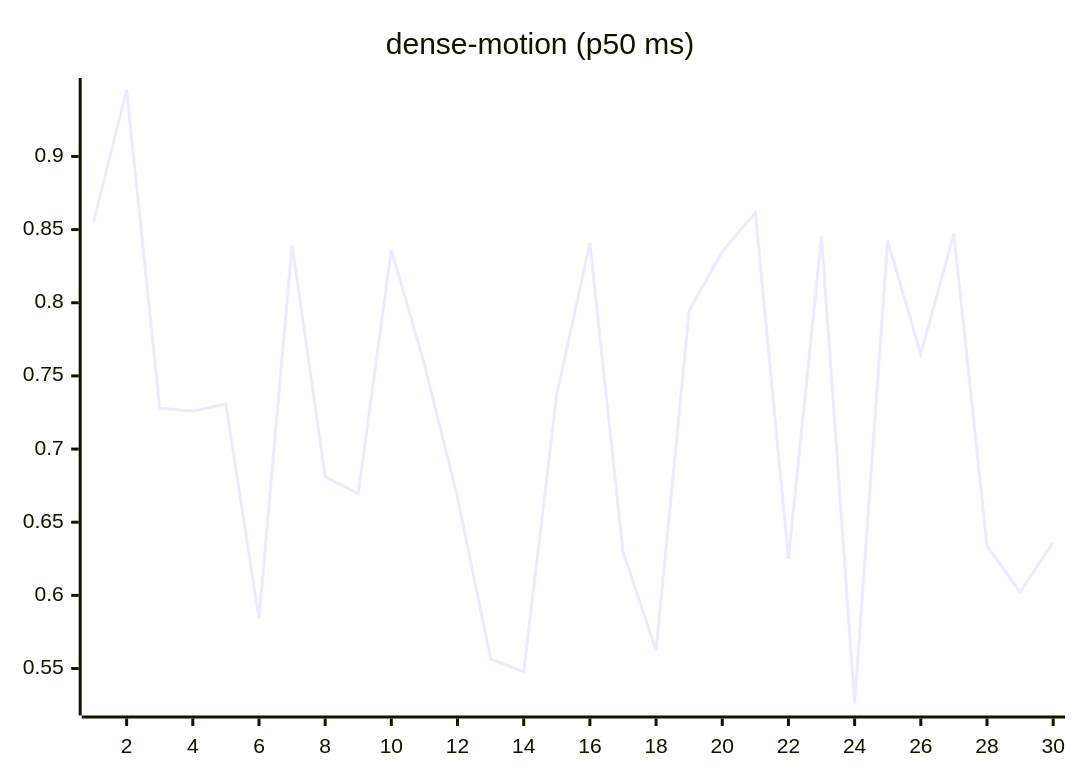
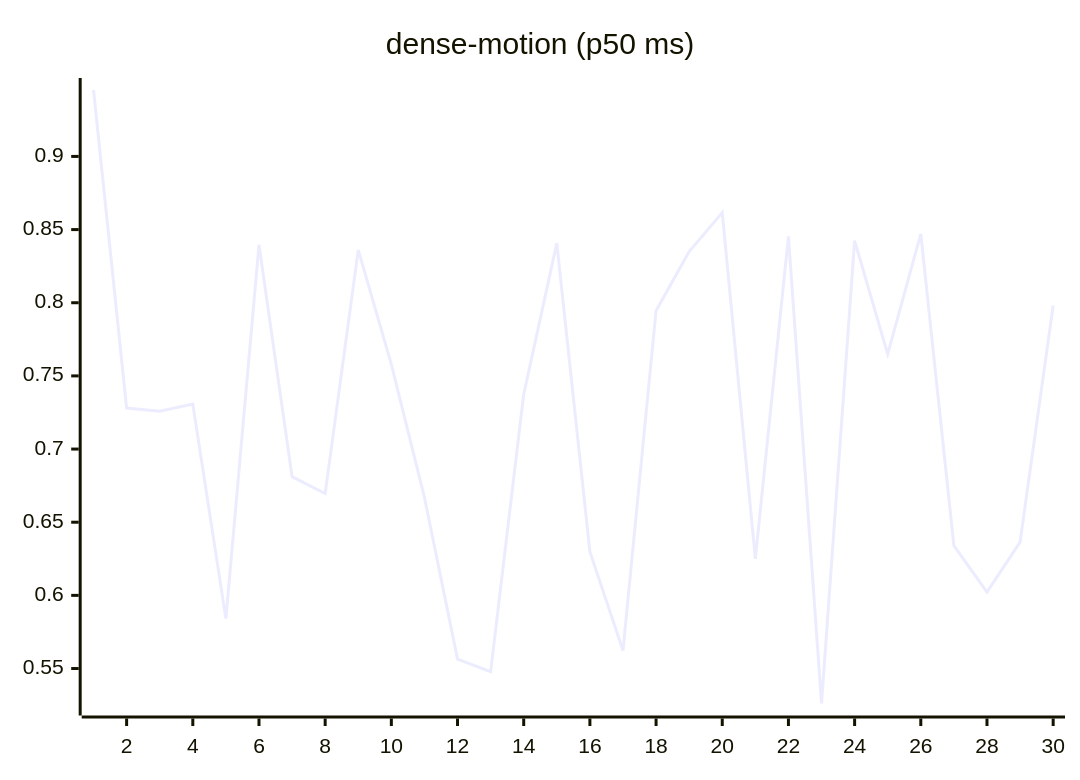
One commit to josha/Facet changed the ninth of 27 diagrams in README.md. Above: the diagram before and after it, drawn with Mermaid. The commit also changed other lines of this file and 2 other files, not shown here.

````diff
--- a/README.md
+++ b/README.md
@@ -119,6 +119,6 @@
 ```mermaid
 xychart-beta
     title "dense-motion (p50 ms)"
     x-axis 1 --> 30
-    line [0.8549, 0.9454, 0.7280, 0.7259, 0.7307, 0.5841, 0.8396, 0.6811, 0.6696, 0.8361, 0.7579, 0.6670, 0.5564, 0.5479, 0.7374, 0.8407, 0.6299, 0.5623, 0.7946, 0.8350, 0.8616, 0.6249, 0.8453, 0.5261, 0.8424, 0.7649, 0.8471, 0.6340, 0.6023, 0.6364]
+    line [0.9454, 0.7280, 0.7259, 0.7307, 0.5841, 0.8396, 0.6811, 0.6696, 0.8361, 0.7579, 0.6670, 0.5564, 0.5479, 0.7374, 0.8407, 0.6299, 0.5623, 0.7946, 0.8350, 0.8616, 0.6249, 0.8453, 0.5261, 0.8424, 0.7649, 0.8471, 0.6340, 0.6023, 0.6364, 0.7981]
 ```
````
